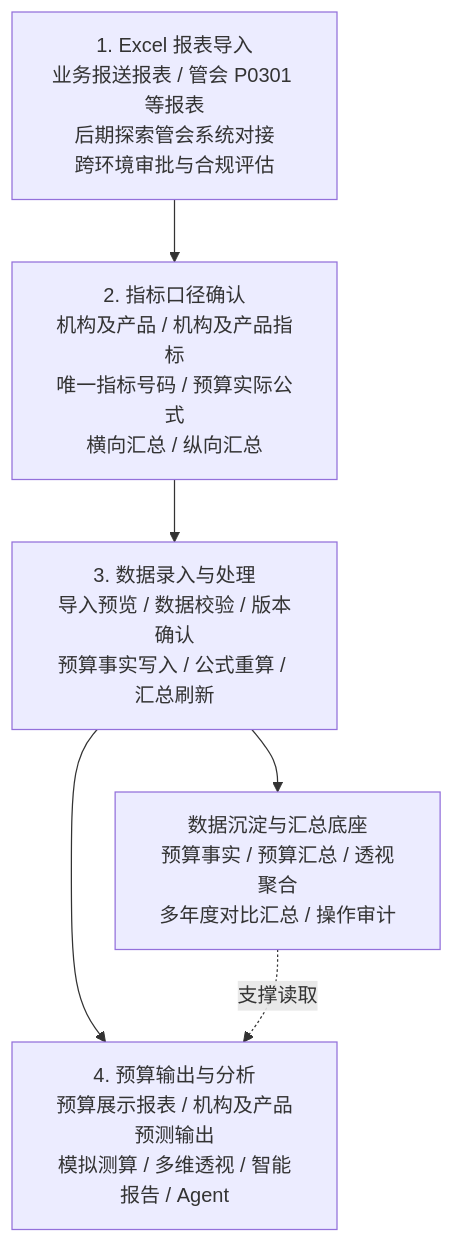
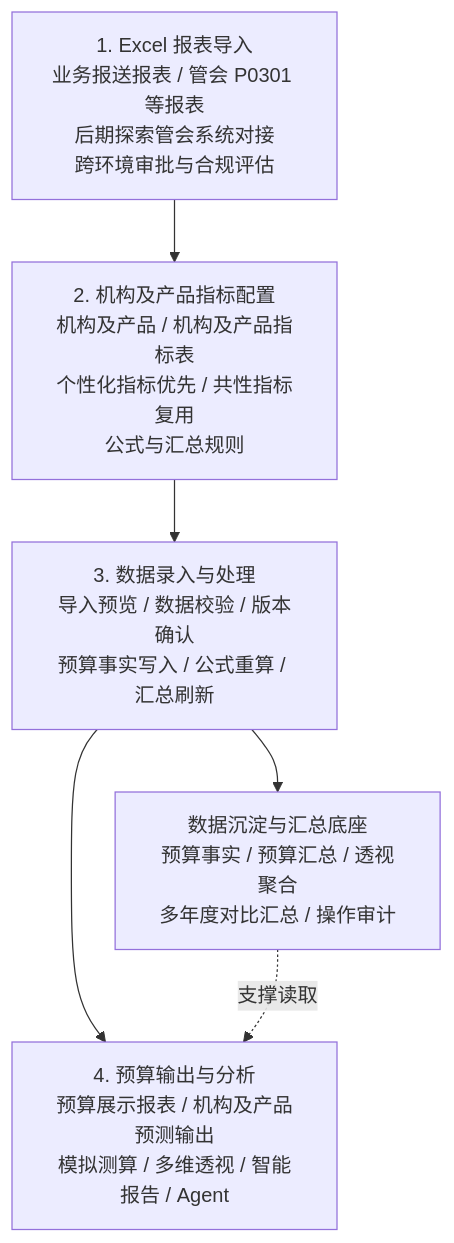
One commit to wuzhideren5-glitch/banking-budget-system-demo changed the first of 3 diagrams in docs/superpowers/specs/2026-06-12-business-framework-layered-design.md. Above: the diagram before and after it, drawn with Mermaid. The commit also changed other lines of this file and 1 other file, not shown here.

````diff
--- a/docs/superpowers/specs/2026-06-12-business-framework-layered-design.md
+++ b/docs/superpowers/specs/2026-06-12-business-framework-layered-design.md
@@ -39,12 +39,12 @@
 ```mermaid
 flowchart TB
   A["1. Excel 报表导入<br/>业务报送报表 / 管会 P0301 等报表<br/>后期探索管会系统对接<br/>跨环境审批与合规评估"]
-  B["2. 指标口径确认<br/>机构及产品 / 机构及产品指标<br/>唯一指标号码 / 预算实际公式<br/>横向汇总 / 纵向汇总"]
+  B["2. 机构及产品指标配置<br/>机构及产品 / 机构及产品指标表<br/>个性化指标优先 / 共性指标复用<br/>公式与汇总规则"]
   C["3. 数据录入与处理<br/>导入预览 / 数据校验 / 版本确认<br/>预算事实写入 / 公式重算 / 汇总刷新"]
   D["4. 预算输出与分析<br/>预算展示报表 / 机构及产品预测输出<br/>模拟测算 / 多维透视 / 智能报告 / Agent"]
   E["数据沉淀与汇总底座<br/>预算事实 / 预算汇总 / 透视聚合<br/>多年度对比汇总 / 操作审计"]
 
   A --> B --> C --> D
   C --> E
   E -.支撑读取.-> D
 ```
````
